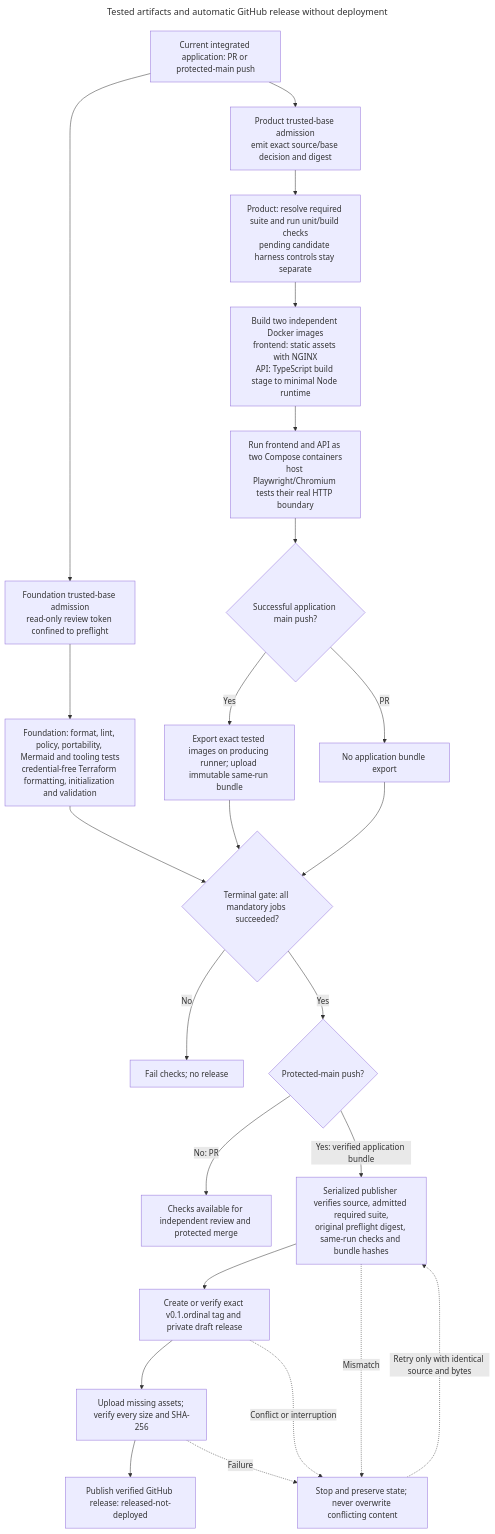
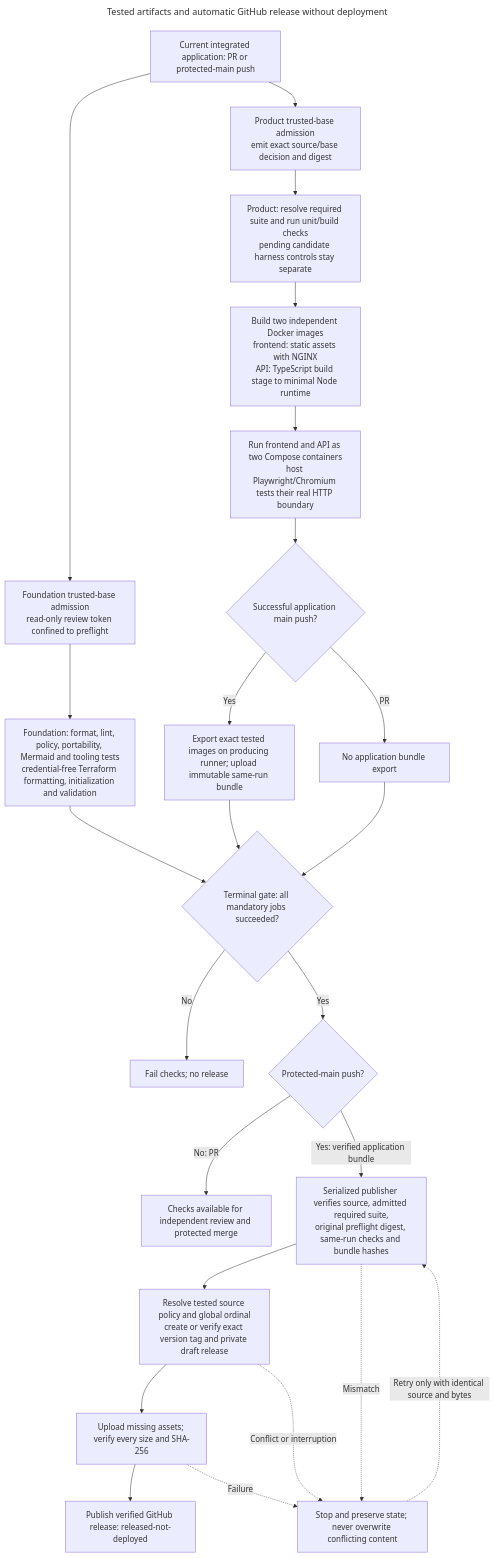
One commit to brobro10000/mp3-frame-counter changed the diagram in docs/architecture/diagrams/release.mmd. Above: the diagram before and after it, drawn with Mermaid. The commit also changed 30 other files, not shown here.

First line of the commit message:
feat(release): support source-bound release lines (#12)

```diff
--- a/docs/architecture/diagrams/release.mmd
+++ b/docs/architecture/diagrams/release.mmd
@@ -1,57 +1,62 @@
 ---
 title: Tested artifacts and automatic GitHub release without deployment
 query: >-
   Show the implemented CI and release-only flow. Distinguish PR validation from
   protected-main publication, parallel foundation/product checks from the
   terminal control-plane gate, and the same-run exact tested image export from
   publication. Include frozen baseline verification, complete acceptance,
   immutable artifact/provenance checks, version/tag identity, draft asset
   verification and safe identical retries. Do not add deployment, registry push,
   provider provisioning or production approval; those are absent from the
   current release implementation. For the current integrated application, show
   independent Docker image builds, the two running Compose containers and host
   acceptance processes, then export of those exact tested images. Images and
   archives are artifacts, not extra running services. Earlier source-only phases
   have a separate foundation-delivery path outside this view. Both validation
   jobs perform trusted-base acceptance admission before head-owned commands.
   Candidate harness checks remain separate from required product E2E; carry the
   preflight digest through the original same-run release bundle. Foundation
   includes credential-free Terraform formatting, initialization and validation;
-  keep these checks inside its mandatory gate, with no cloud apply.
+  keep these checks inside its mandatory gate, with no cloud apply. Allocate the
+  version from the exact tested source's committed release policy and global
+  first-parent ordinal. Preserve legacy identities and schema-1 bytes; new
+  policy-bound evidence uses schema 2. Compare stable latest versions
+  numerically.
 references:
   - 'File: /.github/workflows/ci.yml'
   - 'File: /scripts/run-ci-phase.mjs'
   - 'File: /scripts/acceptance-preflight.mjs'
   - 'File: /scripts/acceptance-runtime.mjs'
   - 'File: /scripts/ci-gate.mjs'
   - 'File: /scripts/publish-release-bundle.mjs'
   - 'File: /scripts/prepare-release.mjs'
   - 'File: /scripts/publish-release.mjs'
   - 'File: /scripts/publish-release-evidence.mjs'
   - 'File: /scripts/release-manifest.mjs'
-generationTime: '2026-10-10T07:58:36.830Z'
+  - 'File: /release-policy.json'
+generationTime: '2026-10-10T09:02:16.338Z'
 ---
 flowchart TD
     EVENT["Current integrated application: PR or protected-main push"] --> PREF["Foundation trusted-base admission<br/>read-only review token confined to preflight"]
     PREF --> F["Foundation: format, lint, policy, portability, Mermaid and tooling tests<br/>credential-free Terraform formatting, initialization and validation"]
     EVENT --> PREP["Product trusted-base admission<br/>emit exact source/base decision and digest"]
     PREP --> P["Product: resolve required suite and run unit/build checks<br/>pending candidate harness controls stay separate"]
     P --> BUILD["Build two independent Docker images<br/>frontend: static assets with NGINX<br/>API: TypeScript build stage to minimal Node runtime"]
     BUILD --> TEST["Run frontend and API as two Compose containers<br/>host Playwright/Chromium tests their real HTTP boundary"]
     TEST --> KIND{"Successful application main push?"}
     KIND -->|"Yes"| B["Export exact tested images on producing runner; upload immutable same-run bundle"]
     KIND -->|"PR"| RESULT["No application bundle export"]
     F --> G{"Terminal gate: all mandatory jobs succeeded?"}
     B --> G
     RESULT --> G
     G -->|"No"| STOP["Fail checks; no release"]
     G -->|"Yes"| MAIN{"Protected-main push?"}
     MAIN -->|"No: PR"| REVIEW["Checks available for independent review and protected merge"]
     MAIN -->|"Yes: verified application bundle"| VERIFY["Serialized publisher verifies source, admitted required suite,<br/>original preflight digest, same-run checks and bundle hashes"]
-    VERIFY --> DRAFT["Create or verify exact v0.1.ordinal tag and private draft release"]
+    VERIFY --> DRAFT["Resolve tested source policy and global ordinal<br/>create or verify exact version tag and private draft release"]
     DRAFT --> ASSETS["Upload missing assets; verify every size and SHA-256"]
     ASSETS --> RELEASE["Publish verified GitHub release: released-not-deployed"]
     VERIFY -.->|"Mismatch"| FAIL["Stop and preserve state; never overwrite conflicting content"]
     DRAFT -.->|"Conflict or interruption"| FAIL
     ASSETS -.->|"Failure"| FAIL
     FAIL -.->|"Retry only with identical source and bytes"| VERIFY
```
